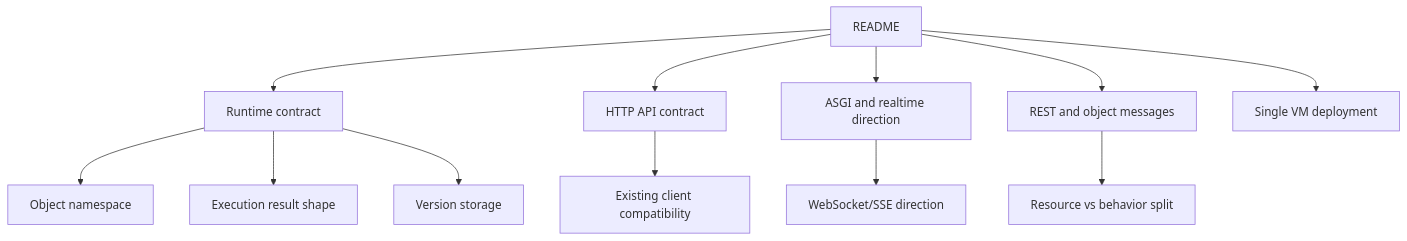
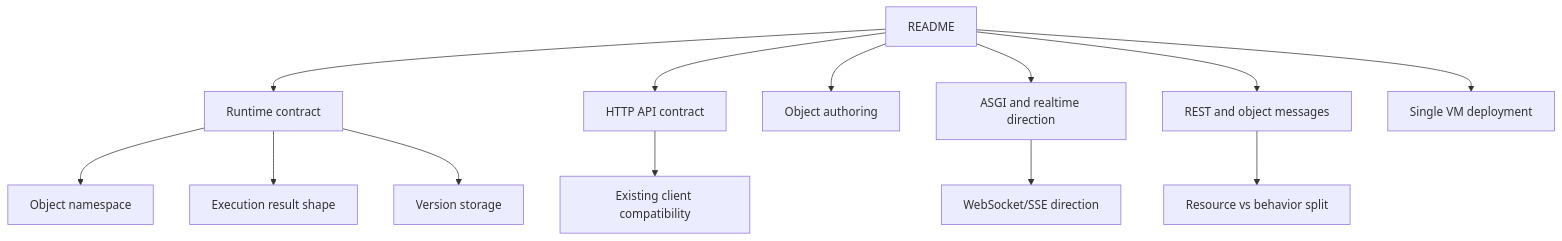
The diagram in docs/README.md (askrobots/dbbasic-object-server), drawn with Mermaid before and after one commit. The commit also changed other lines of this file and 6 other files, not shown here.

Commit message:
Review docs and object authoring guide

````diff
--- a/docs/README.md
+++ b/docs/README.md
@@ -9,16 +9,17 @@
 ```mermaid
 flowchart TD
     A["README"] --> B["Runtime contract"]
     A --> C["HTTP API contract"]
+    A --> M["Object authoring"]
     A --> D["ASGI and realtime direction"]
     A --> E["REST and object messages"]
     A --> L["Single VM deployment"]
 
     B --> F["Object namespace"]
     B --> G["Execution result shape"]
     B --> H["Version storage"]
 
     C --> I["Existing client compatibility"]
     D --> J["WebSocket/SSE direction"]
     E --> K["Resource vs behavior split"]
 ```
````
